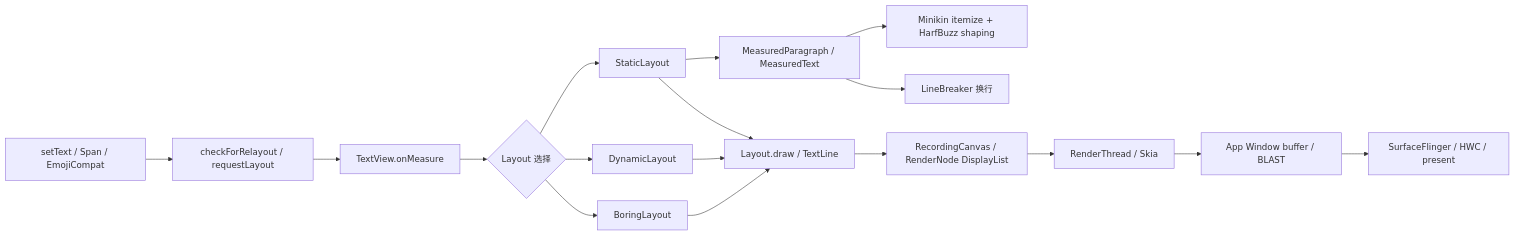
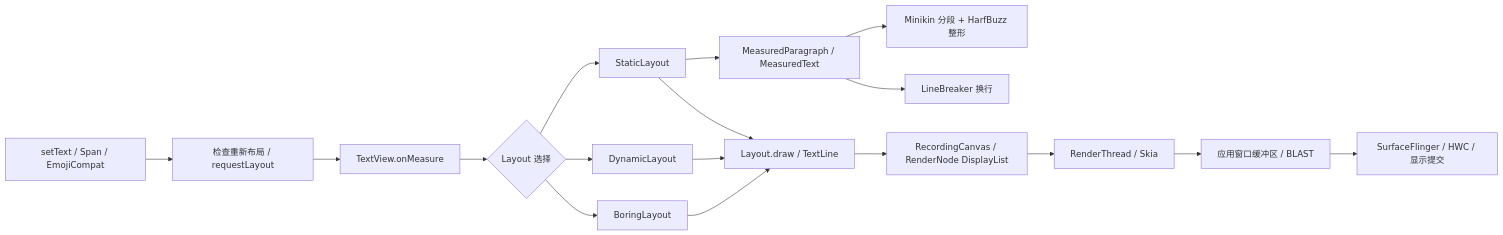
The diagram in src/part1-fundamentals/ch02-rendering/21-text-rendering-performance.md (Gracker/android-internals-wiki), drawn with Mermaid before and after one commit. The commit also changed other lines of this file and 4 other files, not shown here.

````diff
--- a/src/part1-fundamentals/ch02-rendering/21-text-rendering-performance.md
+++ b/src/part1-fundamentals/ch02-rendering/21-text-rendering-performance.md
@@ -122,19 +122,19 @@
 ```mermaid
 flowchart LR
-    ST["setText / Span / EmojiCompat"] --> RL["checkForRelayout / requestLayout"]
+    ST["setText / Span / EmojiCompat"] --> RL["检查重新布局 / requestLayout"]
     RL --> OM["TextView.onMeasure"]
     OM --> LS{"Layout 选择"}
     LS --> BL["BoringLayout"]
     LS --> DL["DynamicLayout"]
     LS --> SL["StaticLayout"]
     SL --> MP["MeasuredParagraph / MeasuredText"]
-    MP --> MK["Minikin itemize + HarfBuzz shaping"]
+    MP --> MK["Minikin 分段 + HarfBuzz 整形"]
     MP --> LB["LineBreaker 换行"]
     BL --> LD["Layout.draw / TextLine"]
     DL --> LD
     SL --> LD
     LD --> RN["RecordingCanvas / RenderNode DisplayList"]
     RN --> RT["RenderThread / Skia"]
-    RT --> BW["App Window buffer / BLAST"]
-    BW --> SF["SurfaceFlinger / HWC / present"]
+    RT --> BW["应用窗口缓冲区 / BLAST"]
+    BW --> SF["SurfaceFlinger / HWC / 显示提交"]
 ```
````
